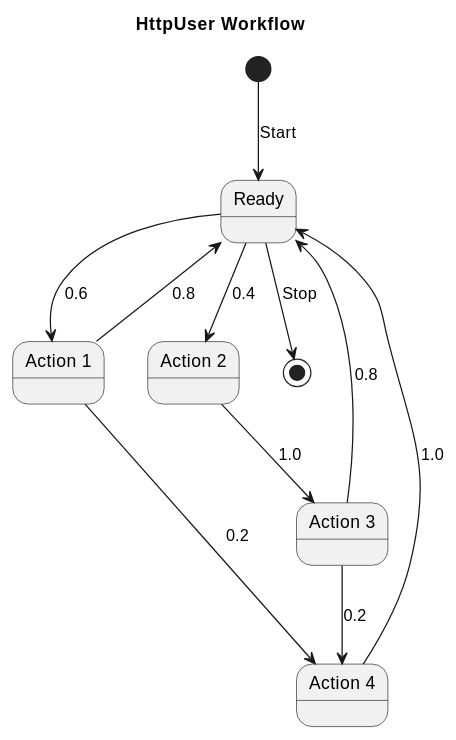
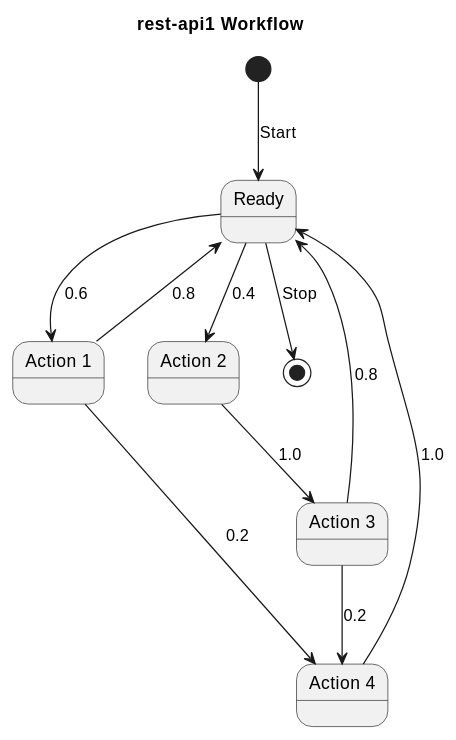
One commit to wfouche/Tulip changed the first of 4 diagrams in doc/presentation/presentation.adoc. Above: the diagram before and after it, drawn with PlantUML. The commit also changed other lines of this file and 1 other file, not shown here.

```diff
--- a/doc/presentation/presentation.adoc
+++ b/doc/presentation/presentation.adoc
@@ -265,25 +265,25 @@
 [plantuml,diag03,svg]
 ....
 @startuml
 
-title HttpUser Workflow
+title rest-api1 Workflow
 
     state "Ready" as IP
     state "Action 1" as A0
     state "Action 2" as A1
     state "Action 3" as TST
     state "Action 4" as D
 
     [*] --> IP: Start
     IP --> A0: 0.6
     A0 --> IP: 0.8
     A0 --> D: 0.2
     IP --> A1: 0.4
     A1 --> TST: 1.0
     TST --> IP: 0.8
     TST --> D: 0.2
     D --> IP: 1.0
     IP --> [*]: Stop
 
 @enduml
 ....
```
